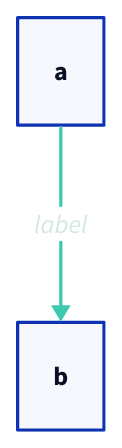
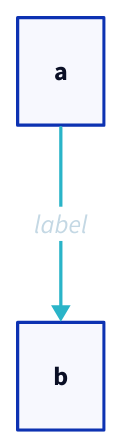
One commit to narma/omegon changed the second of 3 diagrams in skills/style/SKILL.md. Above: the diagram before and after it, drawn with D2. The commit also changed other lines of this file and 10 other files, not shown here.

````diff
--- a/skills/style/SKILL.md
+++ b/skills/style/SKILL.md
@@ -100,8 +97,8 @@
 ```d2
 a -> b: label {
   style: {
-    stroke: "#3dc9b0"
-    font-color: "#d4e8e4"
+    stroke: "#2ab4c8"
+    font-color: "#c4d8e4"
   }
 }
 ```
````
